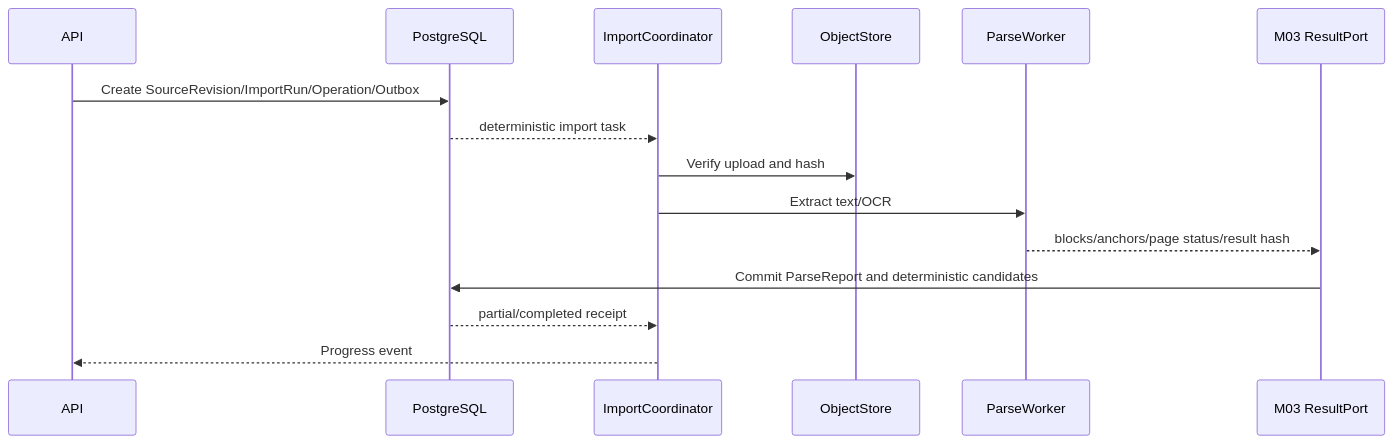
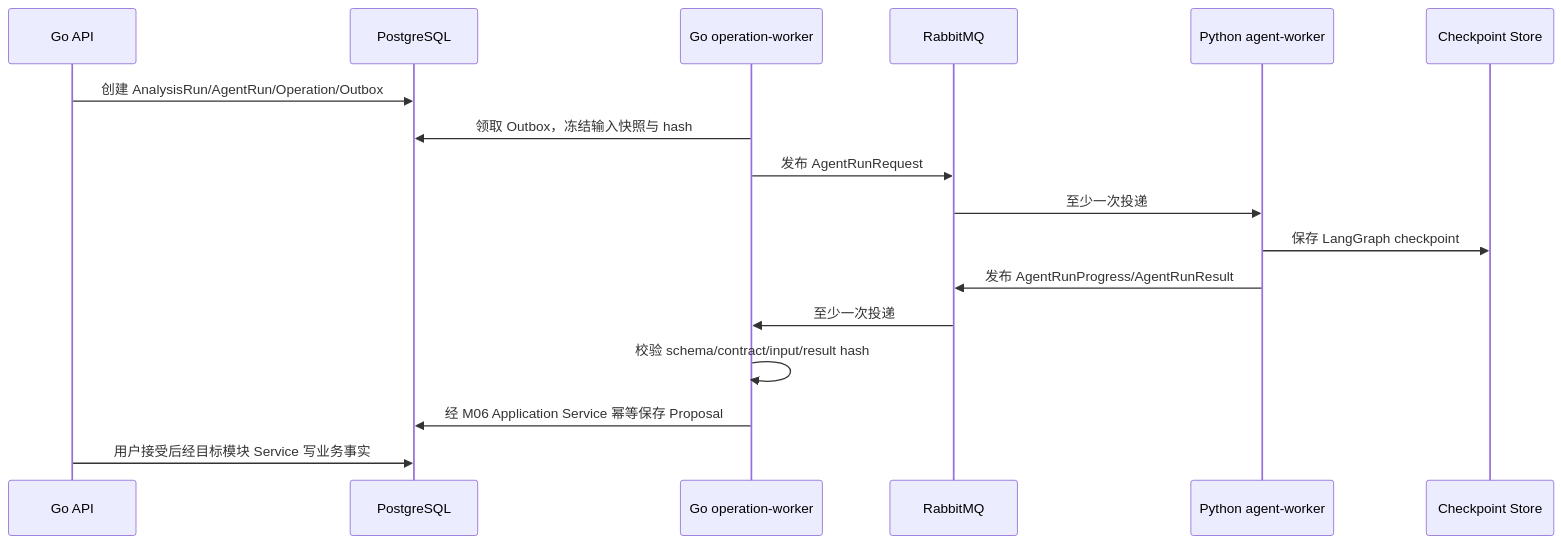
One commit to StephenQiu30/lanverse changed the second of 2 diagrams in docs/design/000-AI视频生产平台目标系统架构设计.md. Above: the diagram before and after it, drawn with Mermaid. The commit also changed other lines of this file and 17 other files, not shown here.

First line of the commit message:
docs(architecture): 固定 Go 业务后端与 Python Agent 边界

````diff
--- a/docs/design/000-AI视频生产平台目标系统架构设计.md
+++ b/docs/design/000-AI视频生产平台目标系统架构设计.md
@@ -812,17 +249,20 @@
 ```mermaid
 sequenceDiagram
-    participant API
+    participant API as Go API
     participant DB as PostgreSQL
-    participant W as ImportCoordinator
-    participant O as ObjectStore
-    participant P as ParseWorker
-    participant R as M03 ResultPort
-    API->>DB: Create SourceRevision/ImportRun/Operation/Outbox
-    DB-->>W: deterministic import task
-    W->>O: Verify upload and hash
-    W->>P: Extract text/OCR
-    P-->>R: blocks/anchors/page status/result hash
-    R->>DB: Commit ParseReport and deterministic candidates
-    DB-->>W: partial/completed receipt
-    W-->>API: Progress event
+    participant OW as Go operation-worker
+    participant MQ as RabbitMQ
+    participant AG as Python agent-worker
+    participant CP as Checkpoint Store
+
+    API->>DB: 创建 AnalysisRun/AgentRun/Operation/Outbox
+    OW->>DB: 领取 Outbox，冻结输入快照与 hash
+    OW->>MQ: 发布 AgentRunRequest
+    MQ->>AG: 至少一次投递
+    AG->>CP: 保存 LangGraph checkpoint
+    AG->>MQ: 发布 AgentRunProgress/AgentRunResult
+    MQ->>OW: 至少一次投递
+    OW->>OW: 校验 schema/contract/input/result hash
+    OW->>DB: 经 M06 Application Service 幂等保存 Proposal
+    API->>DB: 用户接受后经目标模块 Service 写业务事实
 ```
````
